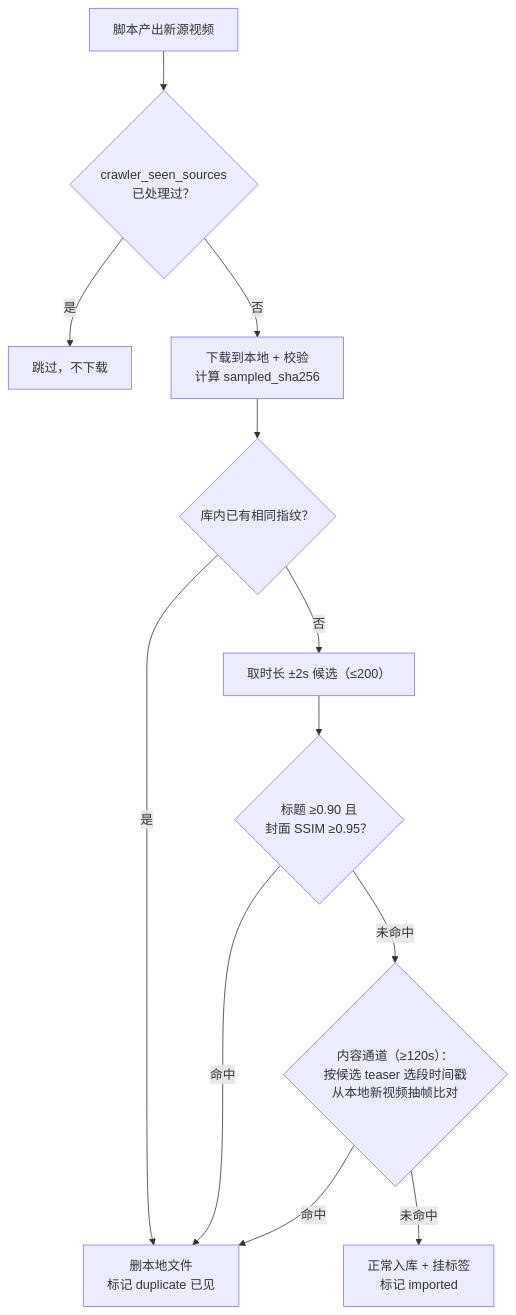
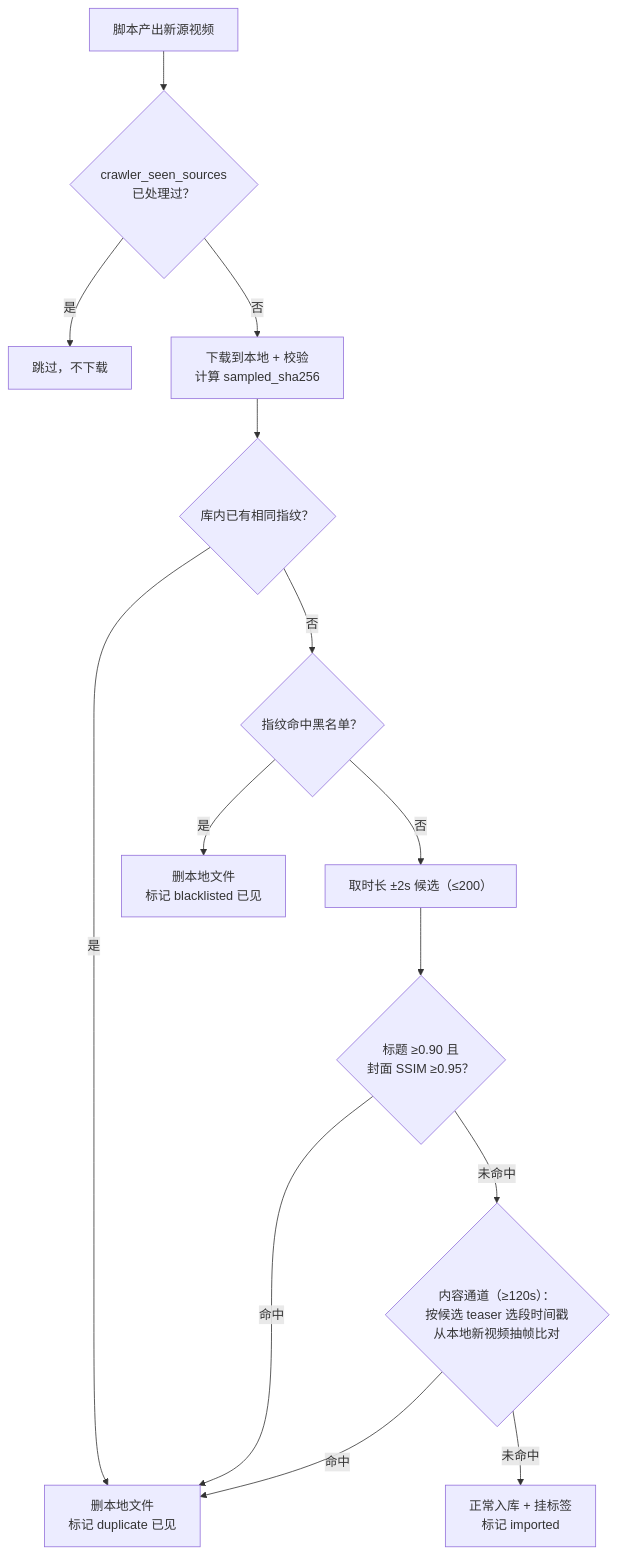
The second of 3 diagrams in docs/DEDUP.md (nianzhibai/91), drawn with Mermaid before and after one commit. The commit also changed other lines of this file and 10 other files, not shown here.

````diff
--- a/docs/DEDUP.md
+++ b/docs/DEDUP.md
@@ -42,14 +42,16 @@
 ```mermaid
 flowchart TD
     A["脚本产出新源视频"] --> B{"crawler_seen_sources<br/>已处理过？"}
     B -- 是 --> SKIP1["跳过，不下载"]
     B -- 否 --> C["下载到本地 + 校验<br/>计算 sampled_sha256"]
     C --> D{"库内已有相同指纹？"}
     D -- 是 --> SKIP2["删本地文件<br/>标记 duplicate 已见"]
-    D -- 否 --> E["取时长 ±2s 候选（≤200）"]
+    D -- 否 --> BL{"指纹命中黑名单？"}
+    BL -- 是 --> SKIP3["删本地文件<br/>标记 blacklisted 已见"]
+    BL -- 否 --> E["取时长 ±2s 候选（≤200）"]
     E --> F{"标题 ≥0.90 且<br/>封面 SSIM ≥0.95？"}
     F -- 命中 --> SKIP2
     F -- 未命中 --> G{"内容通道（≥120s）：<br/>按候选 teaser 选段时间戳<br/>从本地新视频抽帧比对"}
     G -- 命中 --> SKIP2
     G -- 未命中 --> J["正常入库 + 挂标签<br/>标记 imported"]
 ```
````
